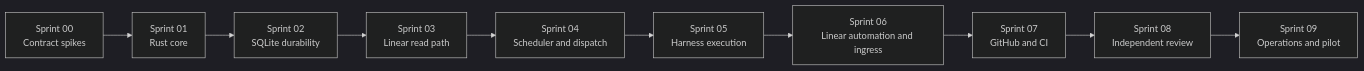
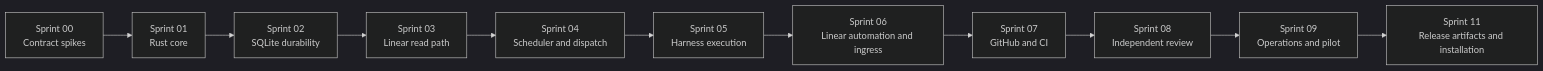
One commit to niparis/spire changed the diagram in docs/sprints/README.md. Above: the diagram before and after it, drawn with Mermaid (dark theme). The commit also changed other lines of this file and 15 other files, not shown here.

````diff
--- a/docs/sprints/README.md
+++ b/docs/sprints/README.md
@@ -40,12 +40,13 @@
 ```mermaid
 flowchart LR
     S0["Sprint 00<br/>Contract spikes"] --> S1["Sprint 01<br/>Rust core"]
     S1 --> S2["Sprint 02<br/>SQLite durability"]
     S2 --> S3["Sprint 03<br/>Linear read path"]
     S3 --> S4["Sprint 04<br/>Scheduler and dispatch"]
     S4 --> S5["Sprint 05<br/>Harness execution"]
     S5 --> S6["Sprint 06<br/>Linear automation and ingress"]
     S6 --> S7["Sprint 07<br/>GitHub and CI"]
     S7 --> S8["Sprint 08<br/>Independent review"]
     S8 --> S9["Sprint 09<br/>Operations and pilot"]
+    S9 --> S11["Sprint 11<br/>Release artifacts and installation"]
 ```
````
